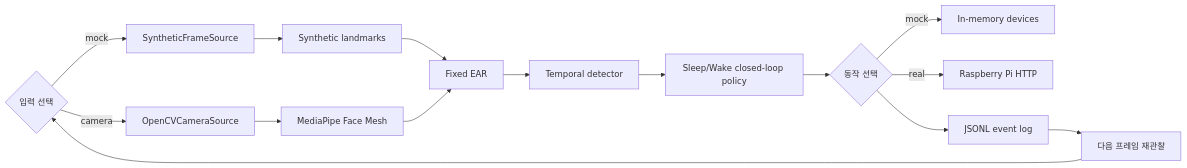
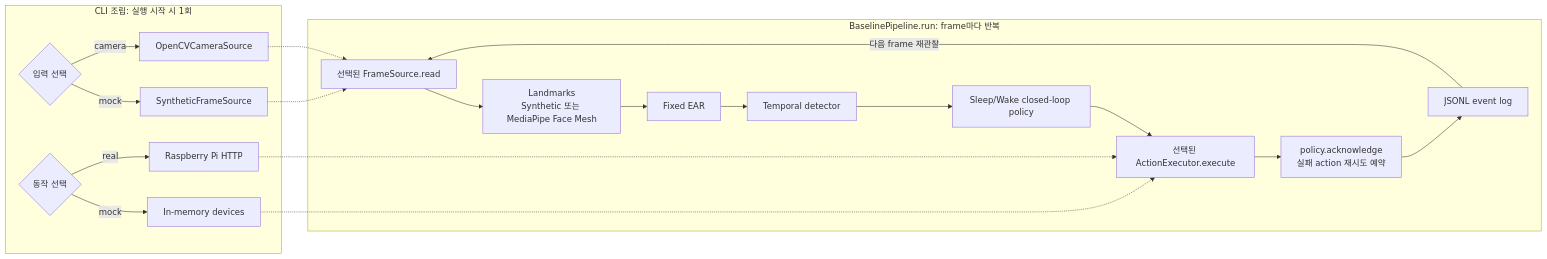
One commit to hsoo23/sleep-aware-smart-room changed the second of 3 diagrams in docs/ARCHITECTURE.md. Above: the diagram before and after it, drawn with Mermaid. The commit also changed other lines of this file and 2 other files, not shown here.

Commit message:
docs: 아키텍처 반복 구조와 시연 기록 양식 보강
CodeRabbit 재리뷰 4건을 반영했습니다.

- ARCHITECTURE: 입력·동작 어댑터는 실행 시작 시 1회 선택하고, 재관찰은 선택된
  FrameSource의 다음 read()라는 점이 드러나도록 Mermaid 그림 재구성
- BASELINE_RUNBOOK: 로그 초기화 이후 실패와 로그 초기화 실패의 run_end 기록 여부 구분
- DEMO_VALIDATION: Raspberry Pi FPS·CPU·memory·latency 기록 칸 추가, RQ1 반복 실행
  기록 표와 일치 기준 추가

````diff
--- a/docs/ARCHITECTURE.md
+++ b/docs/ARCHITECTURE.md
@@ -42,17 +42,23 @@
 ```mermaid
 flowchart LR
-    I{입력 선택} -->|mock| SF[SyntheticFrameSource]
-    I -->|camera| OC[OpenCVCameraSource]
-    SF --> LM[Synthetic landmarks]
-    OC --> MP[MediaPipe Face Mesh]
-    LM --> EAR[Fixed EAR]
-    MP --> EAR
-    EAR --> TD[Temporal detector]
-    TD --> CP[Sleep/Wake closed-loop policy]
-    CP --> AX{동작 선택}
-    AX -->|mock| MA[In-memory devices]
-    AX -->|real| HTTP[Raspberry Pi HTTP]
-    AX --> LOG[JSONL event log]
-    LOG --> RO[다음 프레임 재관찰]
-    RO --> I
+    subgraph setup[CLI 조립: 실행 시작 시 1회]
+        I{입력 선택} -->|mock| SF[SyntheticFrameSource]
+        I -->|camera| OC[OpenCVCameraSource]
+        A{동작 선택} -->|mock| MA[In-memory devices]
+        A -->|real| HTTP[Raspberry Pi HTTP]
+    end
+    subgraph loop[BaselinePipeline.run: frame마다 반복]
+        READ[선택된 FrameSource.read] --> LMK[Landmarks<br/>Synthetic 또는 MediaPipe Face Mesh]
+        LMK --> EAR[Fixed EAR]
+        EAR --> TD[Temporal detector]
+        TD --> CP[Sleep/Wake closed-loop policy]
+        CP --> EX[선택된 ActionExecutor.execute]
+        EX --> ACK[policy.acknowledge<br/>실패 action 재시도 예약]
+        ACK --> LOG[JSONL event log]
+        LOG -->|다음 frame 재관찰| READ
+    end
+    SF -.-> READ
+    OC -.-> READ
+    MA -.-> EX
+    HTTP -.-> EX
 ```
````
